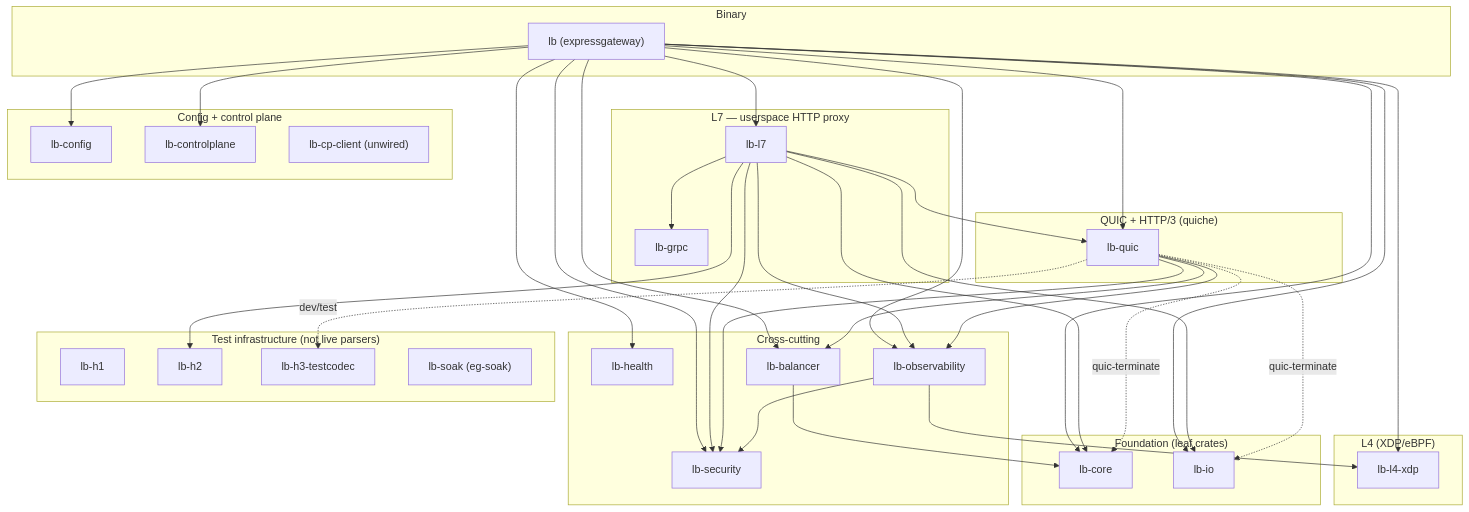
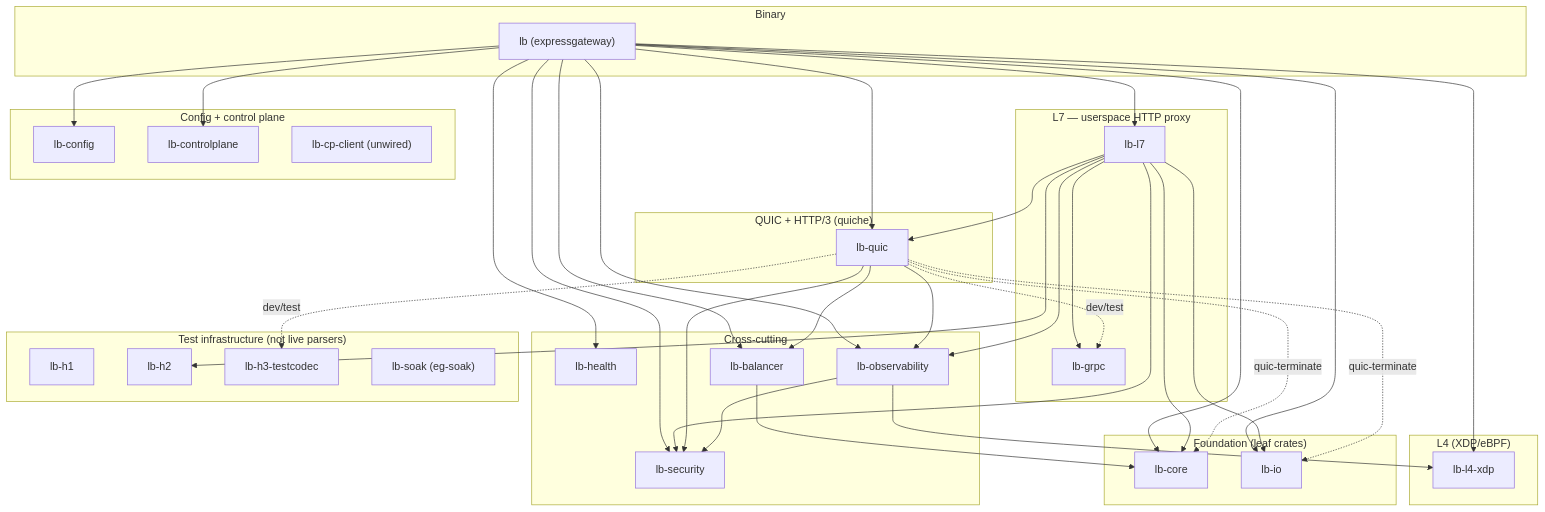
Before and after one commit to shieldblaze/ExpressGateway: the diagram in docs/architecture.md, drawn with Mermaid. The commit also changed 13 other files, not shown here.

````diff
--- a/docs/architecture.md
+++ b/docs/architecture.md
@@ -132,68 +132,69 @@
 ```mermaid
 flowchart TD
     subgraph BIN["Binary"]
         lb["lb (expressgateway)"]
     end
     subgraph L7["L7 — userspace HTTP proxy"]
         l7["lb-l7"]
         grpc["lb-grpc"]
     end
     subgraph QUIC["QUIC + HTTP/3 (quiche)"]
         quic["lb-quic"]
     end
     subgraph L4["L4 (XDP/eBPF)"]
         xdp["lb-l4-xdp"]
     end
     subgraph CP["Config + control plane"]
         cfg["lb-config"]
         cpl["lb-controlplane"]
         cpc["lb-cp-client (unwired)"]
     end
     subgraph XCUT["Cross-cutting"]
         sec["lb-security"]
         health["lb-health"]
         bal["lb-balancer"]
         obs["lb-observability"]
     end
     subgraph FOUND["Foundation (leaf crates)"]
         core["lb-core"]
         io["lb-io"]
     end
     subgraph TEST["Test infrastructure (not live parsers)"]
         h1["lb-h1"]
         h2["lb-h2"]
         h3tc["lb-h3-testcodec"]
         soak["lb-soak (eg-soak)"]
     end
 
     lb --> l7
     lb --> quic
     lb --> xdp
     lb --> cpl
     lb --> cfg
     lb --> health
     lb --> bal
     lb --> sec
     lb --> obs
     lb --> core
     lb --> io
 
     l7 --> grpc
     l7 --> quic
     l7 --> h2
     l7 --> sec
     l7 --> obs
     l7 --> core
     l7 --> io
 
     quic --> bal
     quic --> sec
     quic --> obs
     quic -.->|quic-terminate| core
     quic -.->|quic-terminate| io
     quic -.->|dev/test| h3tc
+    quic -.->|dev/test| grpc
 
     bal --> core
     obs --> xdp
     obs --> sec
 ```
````
